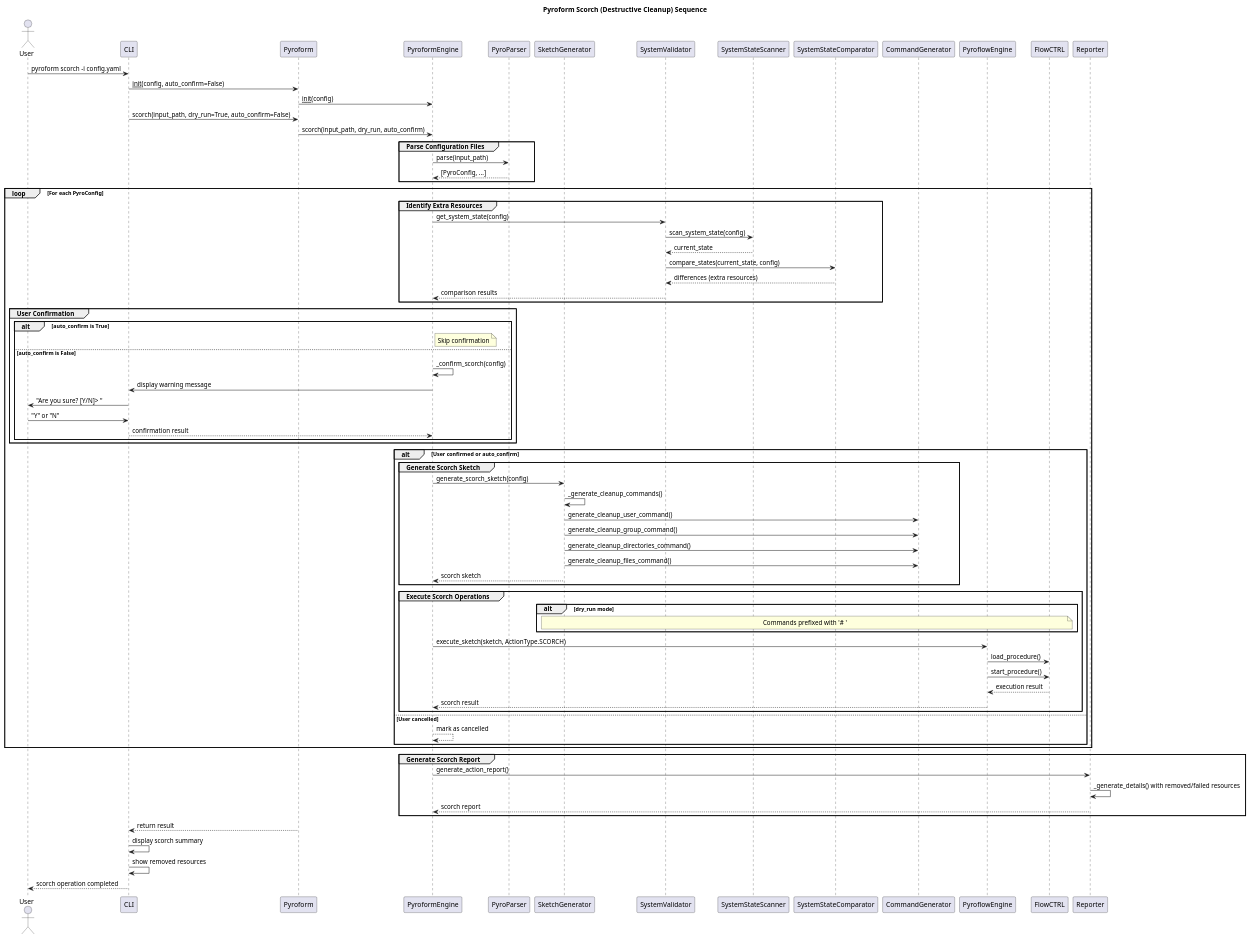
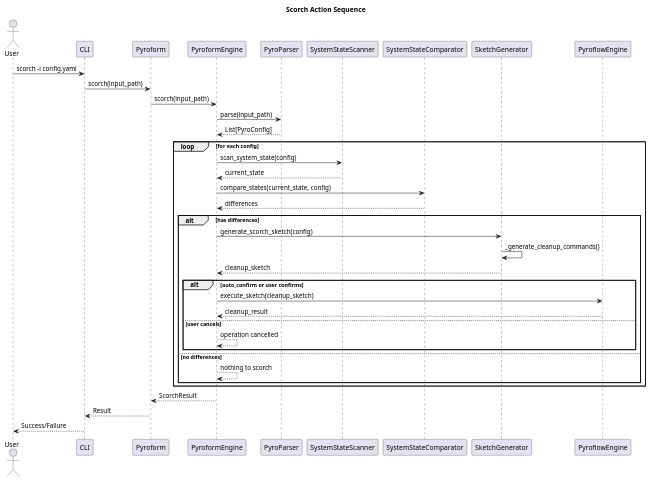
Before and after one commit to Del-Tango/Pyroform: the diagram in pyroform/dox/Diagrams/pyroform_action_scorch.puml, drawn with PlantUML. The commit also changed 29 other files, not shown here.

Commit message:
Updated PlantUML diagrams and README file

```diff
--- a/pyroform/dox/Diagrams/pyroform_action_scorch.puml
+++ b/pyroform/dox/Diagrams/pyroform_action_scorch.puml
@@ -1,89 +1,45 @@
-@startuml Pyroform_Scorch_Sequence
-title Pyroform Scorch (Destructive Cleanup) Sequence
+@startuml
+title Scorch Action Sequence
 
 actor User
 participant CLI
 participant Pyroform
 participant PyroformEngine
 participant PyroParser
-participant SketchGenerator
-participant SystemValidator
 participant SystemStateScanner
 participant SystemStateComparator
-participant CommandGenerator
+participant SketchGenerator
 participant PyroflowEngine
-participant FlowCTRL
-participant Reporter
 
-User -> CLI: pyroform scorch -i config.yaml
-CLI -> Pyroform: __init__(config, auto_confirm=False)
-Pyroform -> PyroformEngine: __init__(config)
+User -> CLI: scorch -i config.yaml
+CLI -> Pyroform: scorch(input_path)
+Pyroform -> PyroformEngine: scorch(input_path)
+PyroformEngine -> PyroParser: parse(input_path)
+PyroParser --> PyroformEngine: List[PyroConfig]
 
-CLI -> Pyroform: scorch(input_path, dry_run=True, auto_confirm=False)
-Pyroform -> PyroformEngine: scorch(input_path, dry_run, auto_confirm)
+loop for each config
+  PyroformEngine -> SystemStateScanner: scan_system_state(config)
+  SystemStateScanner --> PyroformEngine: current_state
+  PyroformEngine -> SystemStateComparator: compare_states(current_state, config)
+  SystemStateComparator --> PyroformEngine: differences
 
-group Parse Configuration Files
-    PyroformEngine -> PyroParser: parse(input_path)
-    PyroParser --> PyroformEngine: [PyroConfig, ...]
+  alt has differences
+    PyroformEngine -> SketchGenerator: generate_scorch_sketch(config)
+    SketchGenerator -> SketchGenerator: _generate_cleanup_commands()
+    SketchGenerator --> PyroformEngine: cleanup_sketch
+
+    alt auto_confirm or user confirms
+      PyroformEngine -> PyroflowEngine: execute_sketch(cleanup_sketch)
+      PyroflowEngine --> PyroformEngine: cleanup_result
+    else user cancels
+      PyroformEngine --> PyroformEngine: operation cancelled
+    end
+  else no differences
+    PyroformEngine --> PyroformEngine: nothing to scorch
+  end
 end
 
-loop For each PyroConfig
-    group Identify Extra Resources
-        PyroformEngine -> SystemValidator: get_system_state(config)
-        SystemValidator -> SystemStateScanner: scan_system_state(config)
-        SystemStateScanner --> SystemValidator: current_state
-        SystemValidator -> SystemStateComparator: compare_states(current_state, config)
-        SystemStateComparator --> SystemValidator: differences (extra resources)
-        SystemValidator --> PyroformEngine: comparison results
-    end
-
-    group User Confirmation
-        alt auto_confirm is True
-            note right of PyroformEngine: Skip confirmation
-        else auto_confirm is False
-            PyroformEngine -> PyroformEngine: _confirm_scorch(config)
-            PyroformEngine -> CLI: display warning message
-            CLI -> User: "Are you sure? [Y/N]> "
-            User -> CLI: "Y" or "N"
-            CLI --> PyroformEngine: confirmation result
-        end
-    end
-
-    alt User confirmed or auto_confirm
-        group Generate Scorch Sketch
-            PyroformEngine -> SketchGenerator: generate_scorch_sketch(config)
-            SketchGenerator -> SketchGenerator: _generate_cleanup_commands()
-            SketchGenerator -> CommandGenerator: generate_cleanup_user_command()
-            SketchGenerator -> CommandGenerator: generate_cleanup_group_command()
-            SketchGenerator -> CommandGenerator: generate_cleanup_directories_command()
-            SketchGenerator -> CommandGenerator: generate_cleanup_files_command()
-            SketchGenerator --> PyroformEngine: scorch sketch
-        end
-
-        group Execute Scorch Operations
-            alt dry_run mode
-                note over SketchGenerator,FlowCTRL: Commands prefixed with '# '
-            end
-            PyroformEngine -> PyroflowEngine: execute_sketch(sketch, ActionType.SCORCH)
-            PyroflowEngine -> FlowCTRL: load_procedure()
-            PyroflowEngine -> FlowCTRL: start_procedure()
-            FlowCTRL --> PyroflowEngine: execution result
-            PyroflowEngine --> PyroformEngine: scorch result
-        end
-    else User cancelled
-        PyroformEngine --> PyroformEngine: mark as cancelled
-    end
-end
-
-group Generate Scorch Report
-    PyroformEngine -> Reporter: generate_action_report()
-    Reporter -> Reporter: _generate_details() with removed/failed resources
-    Reporter --> PyroformEngine: scorch report
-end
-
-Pyroform --> CLI: return result
-CLI -> CLI: display scorch summary
-CLI -> CLI: show removed resources
-CLI --> User: scorch operation completed
-
+PyroformEngine --> Pyroform: ScorchResult
+Pyroform --> CLI: Result
+CLI --> User: Success/Failure
 @enduml
```
